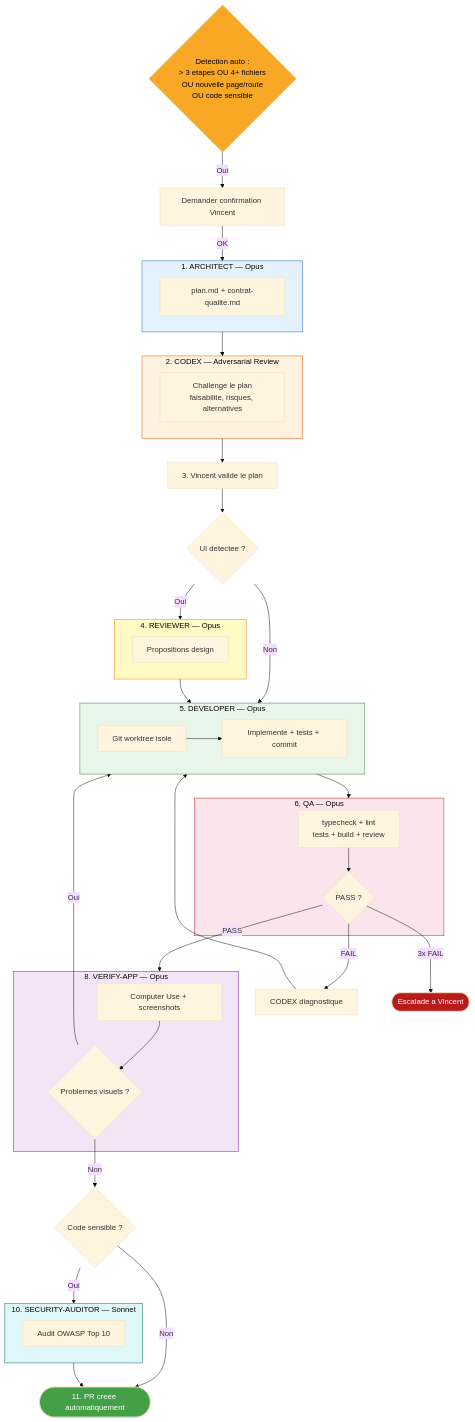
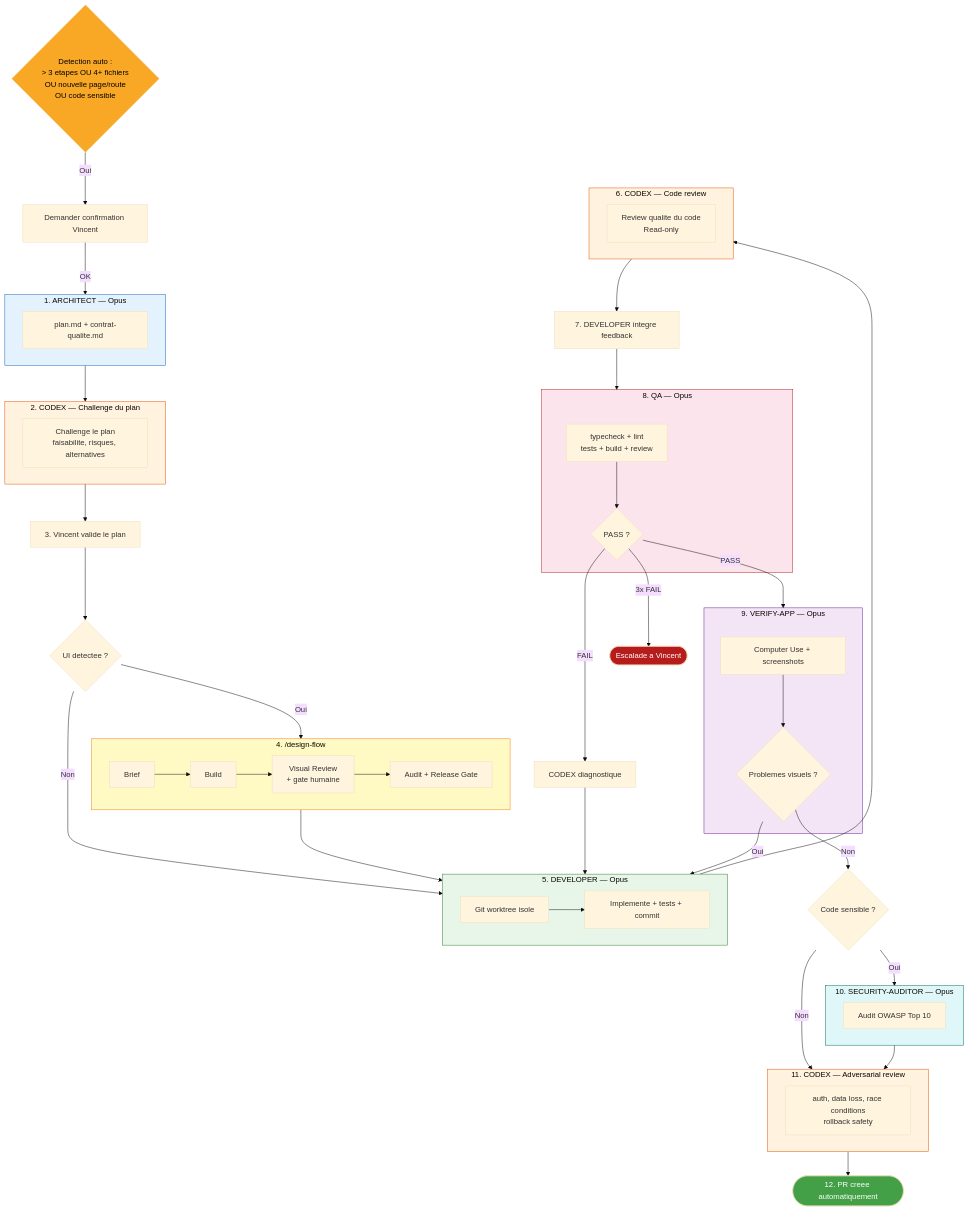
The third of 5 diagrams in docs/diagrams.md (VincentBlanchon/claude-preset), drawn with Mermaid (base theme) before and after one commit. The commit also changed other lines of this file and 2 other files, not shown here.

First line of the commit message:
feat: design-flow v2 — visual review + gate humaine + anti-slop

````diff
--- a/docs/diagrams.md
+++ b/docs/diagrams.md
@@ -146,41 +159,50 @@
         PLAN["plan.md + contrat-qualite.md"]
     end
 
-    ARCH --> CODEX
+    ARCH --> CODEX_PLAN
 
-    subgraph CODEX["2. CODEX — Adversarial Review"]
+    subgraph CODEX_PLAN["2. CODEX — Challenge du plan"]
         CHALLENGE["Challenge le plan\nfaisabilite, risques, alternatives"]
     end
 
-    CODEX --> VALID[3. Vincent valide le plan]
+    CODEX_PLAN --> VALID[3. Vincent valide le plan]
 
     VALID --> UI_CHECK{UI detectee ?}
-    UI_CHECK -->|Oui| REVIEWER
+    UI_CHECK -->|Oui| DESIGN_FLOW
     UI_CHECK -->|Non| DEV
 
-    subgraph REVIEWER["4. REVIEWER — Opus"]
-        DESIGN_PROPS[Propositions design]
+    subgraph DESIGN_FLOW["4. /design-flow"]
+        DF_BRIEF[Brief] --> DF_BUILD[Build]
+        DF_BUILD --> DF_REVIEW["Visual Review\n+ gate humaine"]
+        DF_REVIEW --> DF_AUDIT[Audit + Release Gate]
     end
 
-    REVIEWER --> DEV
+    DESIGN_FLOW --> DEV
 
     subgraph DEV["5. DEVELOPER — Opus"]
         WORKTREE["Git worktree isole"] --> IMPL[Implemente + tests + commit]
     end
 
-    DEV --> QA
+    DEV --> CODEX_REVIEW
 
-    subgraph QA["6. QA — Opus"]
+    subgraph CODEX_REVIEW["6. CODEX — Code review"]
+        CR["Review qualite du code\nRead-only"]
+    end
+
+    CODEX_REVIEW --> DEV_FIX[7. DEVELOPER integre feedback]
+    DEV_FIX --> QA
+
+    subgraph QA["8. QA — Opus"]
         CHECKS["typecheck + lint\ntests + build + review"]
         CHECKS --> VERDICT_QA{PASS ?}
     end
 
-    VERDICT_QA -->|FAIL| DIAG["CODEX diagnostique"] --> DEV
+    VERDICT_QA -->|FAIL| CODEX_DIAG["CODEX diagnostique"] --> DEV
     VERDICT_QA -->|"3x FAIL"| ESCALADE([Escalade a Vincent])
 
     VERDICT_QA -->|PASS| VERIFY
 
-    subgraph VERIFY["8. VERIFY-APP — Opus"]
+    subgraph VERIFY["9. VERIFY-APP — Opus"]
         CU["Computer Use + screenshots"]
         CU --> VISUAL{Problemes visuels ?}
     end
@@ -189,23 +211,30 @@
     VISUAL -->|Non| SEC_CHECK{Code sensible ?}
 
     SEC_CHECK -->|Oui| SEC
-    SEC_CHECK -->|Non| PR
+    SEC_CHECK -->|Non| CODEX_FINAL
 
-    subgraph SEC["10. SECURITY-AUDITOR — Sonnet"]
+    subgraph SEC["10. SECURITY-AUDITOR — Opus"]
         OWASP[Audit OWASP Top 10]
     end
 
-    SEC --> PR
-    PR([11. PR creee automatiquement])
+    SEC --> CODEX_FINAL
+
+    subgraph CODEX_FINAL["11. CODEX — Adversarial review"]
+        ADV["auth, data loss, race conditions\nrollback safety"]
+    end
+
+    CODEX_FINAL --> PR([12. PR creee automatiquement])
 
     style DETECT fill:#f9a825,color:#000
     style PR fill:#43a047,color:#fff
     style ESCALADE fill:#b71c1c,color:#fff
     style ARCH fill:#e3f2fd,stroke:#1565c0
-    style CODEX fill:#fff3e0,stroke:#e65100
+    style CODEX_PLAN fill:#fff3e0,stroke:#e65100
+    style CODEX_REVIEW fill:#fff3e0,stroke:#e65100
+    style CODEX_FINAL fill:#fff3e0,stroke:#e65100
     style DEV fill:#e8f5e9,stroke:#2e7d32
     style QA fill:#fce4ec,stroke:#b71c1c
     style VERIFY fill:#f3e5f5,stroke:#6a1b9a
     style SEC fill:#e0f7fa,stroke:#00695c
-    style REVIEWER fill:#fff9c4,stroke:#f57f17
+    style DESIGN_FLOW fill:#fff9c4,stroke:#f57f17
 ```
````
